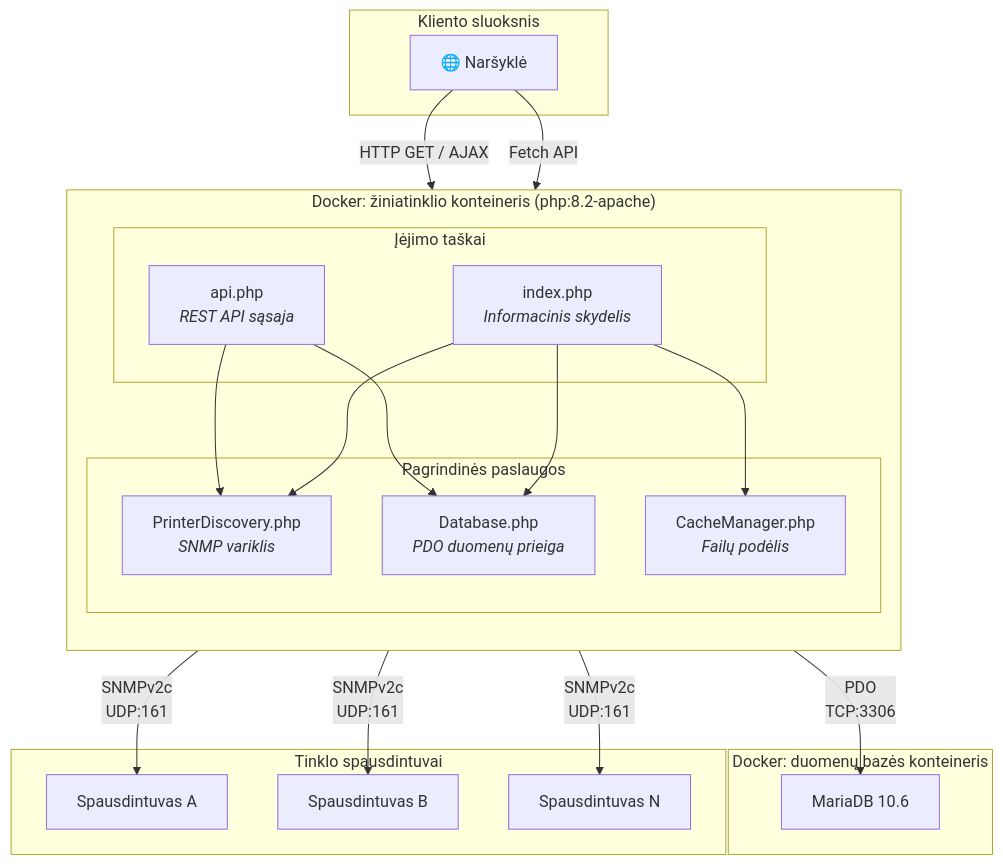
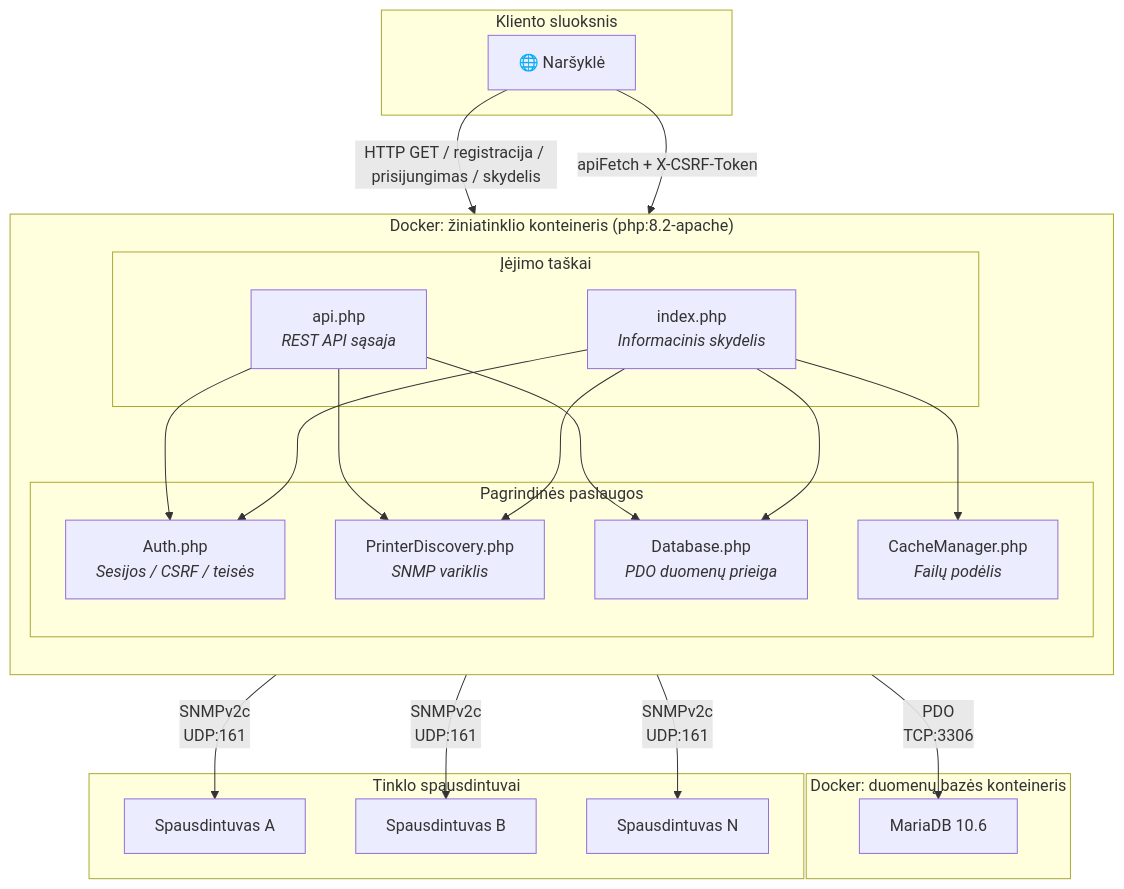
The first of 15 diagrams in architektura.md (Silorak/S-printer), drawn with Mermaid before and after one commit. The commit also changed other lines of this file and 21 other files, not shown here.

````diff
--- a/architektura.md
+++ b/architektura.md
@@ -13,43 +13,46 @@
 ```mermaid
 graph TD
     subgraph Client["Kliento sluoksnis"]
         Browser["🌐 Naršyklė"]
     end
 
     subgraph Docker_Web["Docker: žiniatinklio konteineris (php:8.2-apache)"]
         direction TB
         subgraph Entry["Įėjimo taškai"]
             IndexPHP["index.php<br/><i>Informacinis skydelis</i>"]
             ApiPHP["api.php<br/><i>REST API sąsaja</i>"]
         end
         subgraph Core["Pagrindinės paslaugos"]
+            Auth["Auth.php<br/><i>Sesijos / CSRF / teisės</i>"]
             Discovery["PrinterDiscovery.php<br/><i>SNMP variklis</i>"]
             DB["Database.php<br/><i>PDO duomenų prieiga</i>"]
             Cache["CacheManager.php<br/><i>Failų podėlis</i>"]
         end
     end
 
     subgraph Docker_DB["Docker: duomenų bazės konteineris"]
         MariaDB["MariaDB 10.6"]
     end
 
     subgraph Network["Tinklo spausdintuvai"]
         Printer1["Spausdintuvas A"]
         Printer2["Spausdintuvas B"]
         PrinterN["Spausdintuvas N"]
     end
 
-    Browser -->|"HTTP GET / AJAX"| IndexPHP
-    Browser -->|"Fetch API"| ApiPHP
+    Browser -->|"HTTP GET / registracija / prisijungimas / skydelis"| IndexPHP
+    Browser -->|"apiFetch + X-CSRF-Token"| ApiPHP
 
+    IndexPHP --> Auth
+    ApiPHP --> Auth
     IndexPHP --> Discovery
     IndexPHP --> DB
     IndexPHP --> Cache
     ApiPHP --> Discovery
     ApiPHP --> DB
 
     DB -->|"PDO<br/>TCP:3306"| MariaDB
     Discovery -->|"SNMPv2c<br/>UDP:161"| Printer1
     Discovery -->|"SNMPv2c<br/>UDP:161"| Printer2
     Discovery -->|"SNMPv2c<br/>UDP:161"| PrinterN
 ```
````
